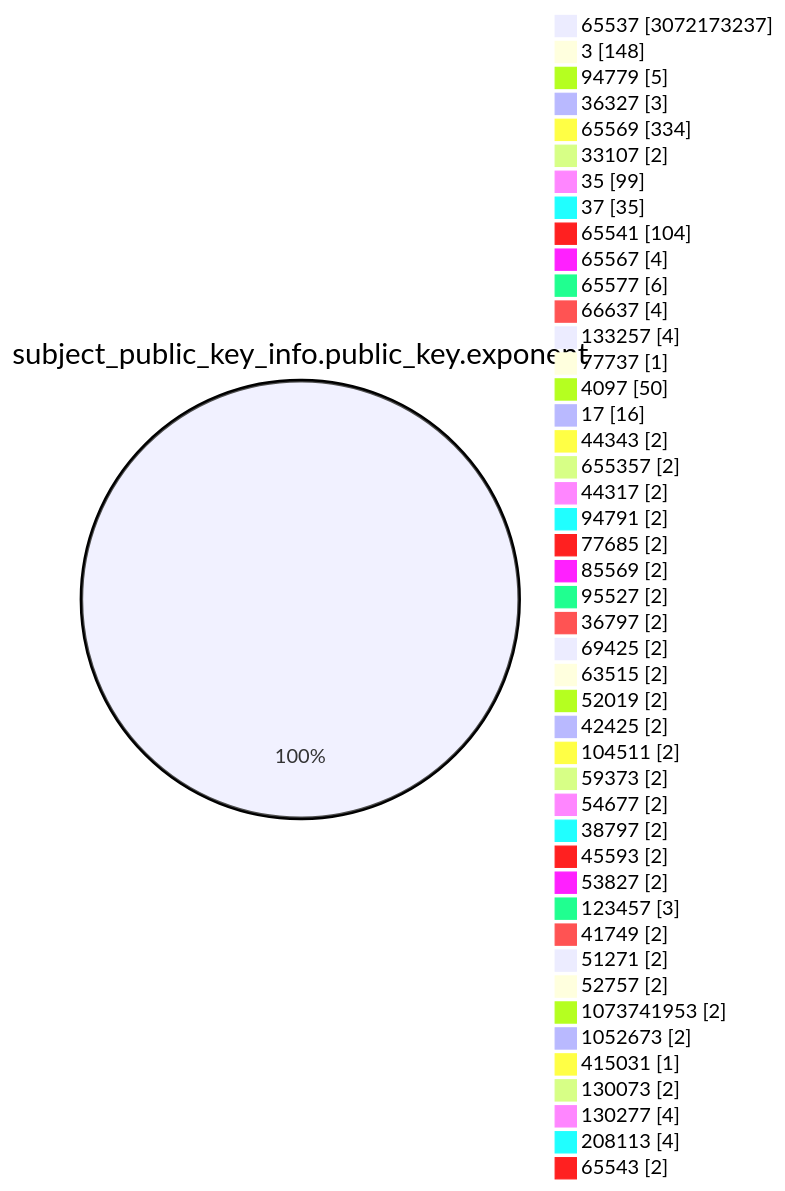
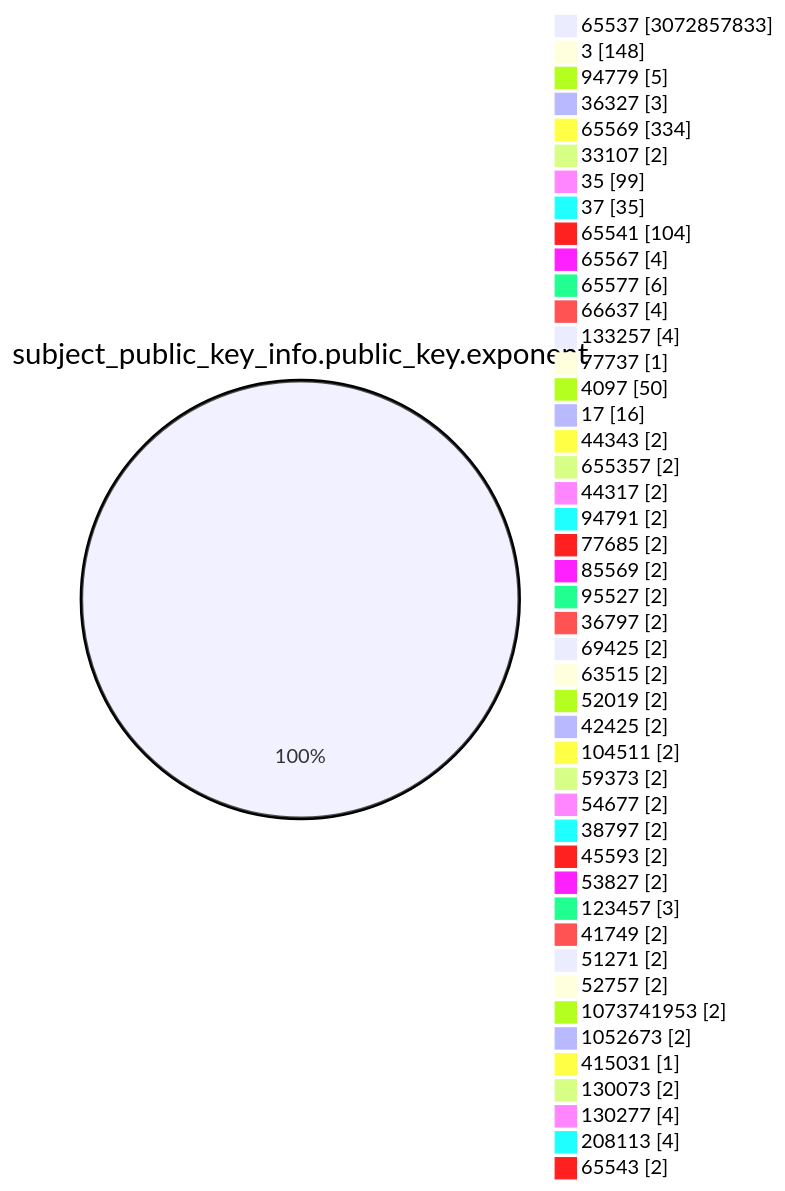
One commit to christiankrug/ctmonitor_visualization changed the fourth of 15 diagrams in TOTAL/README.md. Above: the diagram before and after it, drawn with Mermaid. The commit also changed other lines of this file, not shown here.

````diff
--- a/TOTAL/README.md
+++ b/TOTAL/README.md
@@ -1473,49 +1473,49 @@
 ```mermaid
 pie showData
 title subject_public_key_info.public_key.exponent
-"65537" :3072173237
+"65537" :3072857833
 "3" :148
 "94779" :5
 "36327" :3
 "65569" :334
 "33107" :2
 "35" :99
 "37" :35
 "65541" :104
 "65567" :4
 "65577" :6
 "66637" :4
 "133257" :4
 "77737" :1
 "4097" :50
 "17" :16
 "44343" :2
 "655357" :2
 "44317" :2
 "94791" :2
 "77685" :2
 "85569" :2
 "95527" :2
 "36797" :2
 "69425" :2
 "63515" :2
 "52019" :2
 "42425" :2
 "104511" :2
 "59373" :2
 "54677" :2
 "38797" :2
 "45593" :2
 "53827" :2
 "123457" :3
 "41749" :2
 "51271" :2
 "52757" :2
 "1073741953" :2
 "1052673" :2
 "415031" :1
 "130073" :2
 "130277" :4
 "208113" :4
 "65543" :2
 ```
````
